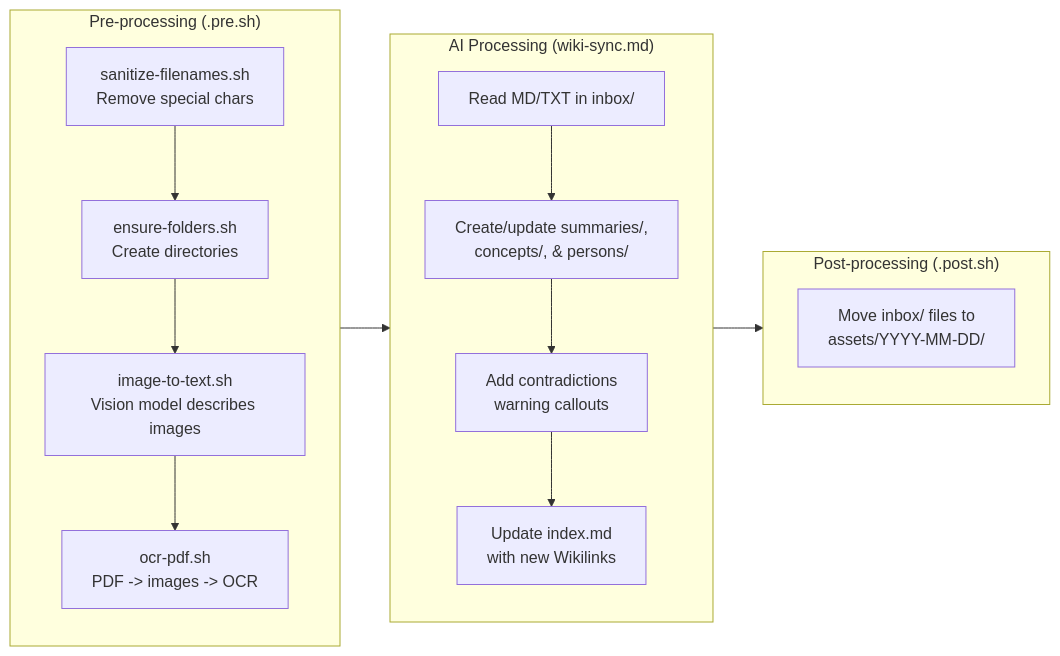
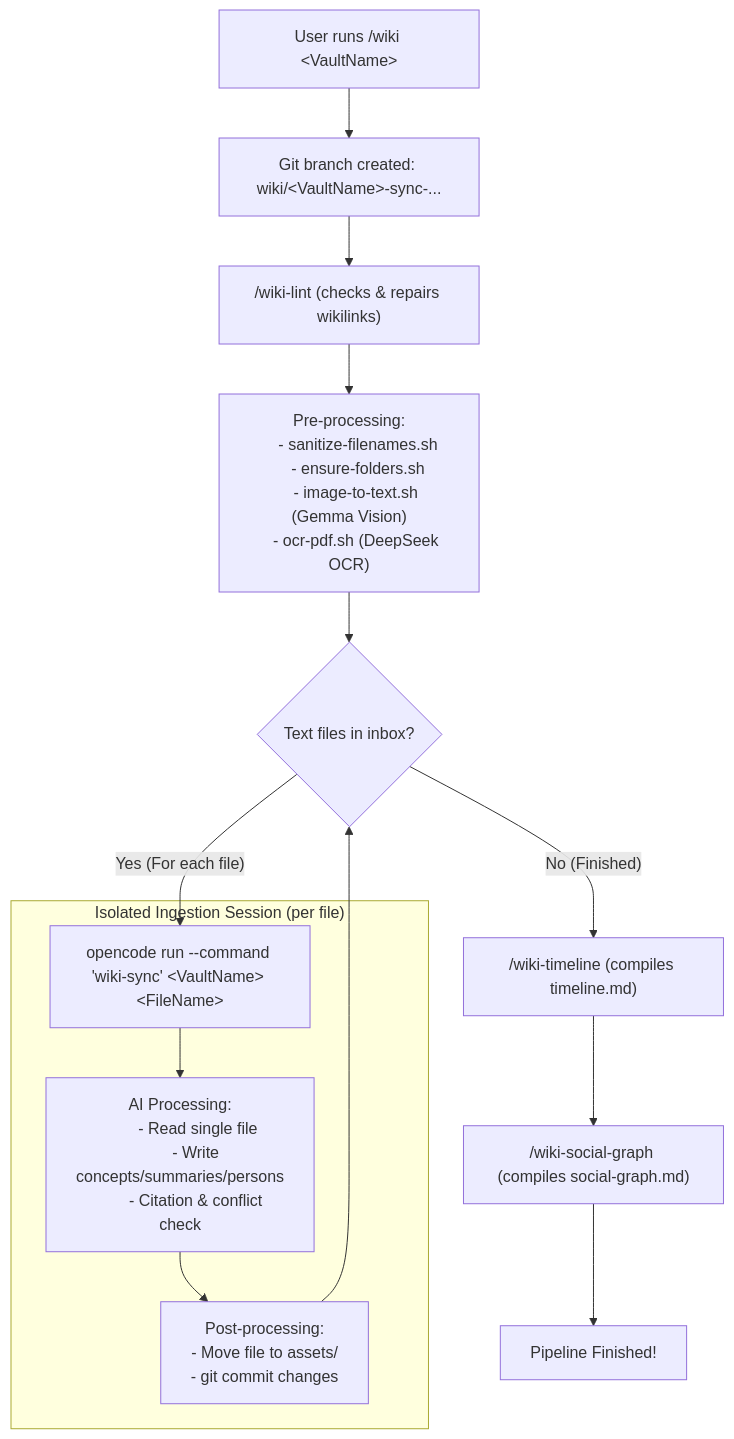
The diagram in README.md (pkcpkc/mycelium-mind), drawn with Mermaid before and after one commit. The commit also changed other lines of this file, not shown here.

Commit message:
docs: simplify README by removing redundant setup instructions and architectural details

````diff
--- a/README.md
+++ b/README.md
@@ -278,27 +60,28 @@
 ```mermaid
-flowchart LR
-    subgraph pre["Pre-processing (.pre.sh)"]
-        direction TB
-        B["sanitize-filenames.sh\nRemove special chars"]
-        B2["ensure-folders.sh\nCreate directories"]
-        C["image-to-text.sh\nVision model describes images"]
-        D["ocr-pdf.sh\nPDF -> images -> OCR"]
-        B --> B2 --> C --> D
+flowchart TD
+    user["User runs /wiki &lt;VaultName&gt;"] --> checkout["Git branch created: wiki/&lt;VaultName&gt;-sync-..."]
+    checkout --> lint["/wiki-lint (checks & repairs wikilinks)"]
+    lint --> pre["Pre-processing:
+    - sanitize-filenames.sh
+    - ensure-folders.sh
+    - image-to-text.sh (Gemma Vision)
+    - ocr-pdf.sh (DeepSeek OCR)"]
+    pre --> loop{"Text files in inbox?"}
+    
+    subgraph isolated_session["Isolated Ingestion Session (per file)"]
+        spawn["opencode run --command 'wiki-sync' &lt;VaultName&gt; &lt;FileName&gt;"]
+        spawn --> ai["AI Processing:
+        - Read single file
+        - Write concepts/summaries/persons
+        - Citation & conflict check"]
+        ai --> archive["Post-processing:
+        - Move file to assets/
+        - git commit changes"]
     end
-
-    subgraph ai["AI Processing (wiki-sync.md)"]
-        direction TB
-        E["Read MD/TXT in inbox/"]
-        F["Create/update summaries/,\nconcepts/, & persons/"]
-        G["Add contradictions\nwarning callouts"]
-        I["Update index.md\nwith new Wikilinks"]
-        E --> F --> G --> I
-    end
-
-    subgraph post["Post-processing (.post.sh)"]
-        direction TB
-        J["Move inbox/ files to\nassets/YYYY-MM-DD/"]
-    end
-
-    pre --> ai --> post
+    
+    loop -- "Yes (For each file)" --> spawn
+    archive --> loop
+    loop -- "No (Finished)" --> timeline["/wiki-timeline (compiles timeline.md)"]
+    timeline --> social["/wiki-social-graph (compiles social-graph.md)"]
+    social --> done["Pipeline Finished!"]
 ```
````
